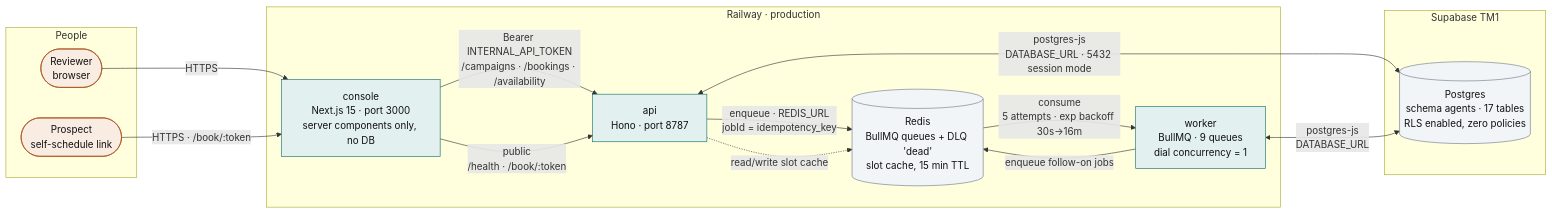
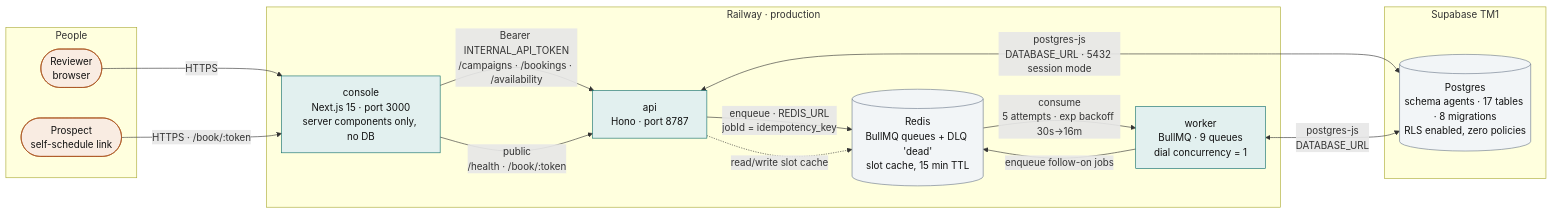
One commit to MAKaminski/tm-voice changed the first of 7 diagrams in docs/ARCHITECTURE.md. Above: the diagram before and after it, drawn with Mermaid. The commit also changed other lines of this file and 46 other files, not shown here.

````diff
--- a/docs/ARCHITECTURE.md
+++ b/docs/ARCHITECTURE.md
@@ -23,33 +23,33 @@
 ```mermaid
 flowchart LR
   classDef svc fill:#e2f0ef,stroke:#0e6d6a,color:#111
   classDef store fill:#f2f5f7,stroke:#6b788a,color:#111
   classDef human fill:#f9ece2,stroke:#a8501a,color:#111
 
   subgraph people["People"]
     reviewer(["Reviewer<br/>browser"]):::human
     booker(["Prospect<br/>self-schedule link"]):::human
   end
 
   subgraph railway["Railway · production"]
     console["console<br/>Next.js 15 · port 3000<br/>server components only, no DB"]:::svc
     api["api<br/>Hono · port 8787"]:::svc
     worker["worker<br/>BullMQ · 9 queues<br/>dial concurrency = 1"]:::svc
     redis[("Redis<br/>BullMQ queues + DLQ 'dead'<br/>slot cache, 15 min TTL")]:::store
   end
 
   subgraph supabase["Supabase TM1"]
-    pg[("Postgres<br/>schema agents · 17 tables<br/>RLS enabled, zero policies")]:::store
+    pg[("Postgres<br/>schema agents · 17 tables · 8 migrations<br/>RLS enabled, zero policies")]:::store
   end
 
   reviewer -->|"HTTPS"| console
   booker -->|"HTTPS · /book/:token"| console
   console -->|"Bearer INTERNAL_API_TOKEN<br/>/campaigns · /bookings · /availability"| api
   console -->|"public<br/>/health · /book/:token"| api
   api <-->|"postgres-js<br/>DATABASE_URL · 5432 session mode"| pg
   worker <-->|"postgres-js<br/>DATABASE_URL"| pg
   api -->|"enqueue · REDIS_URL<br/>jobId = idempotency_key"| redis
   redis -->|"consume<br/>5 attempts · exp backoff 30s→16m"| worker
   worker -->|"enqueue follow-on jobs"| redis
   api -.->|"read/write slot cache"| redis
 ```
````
